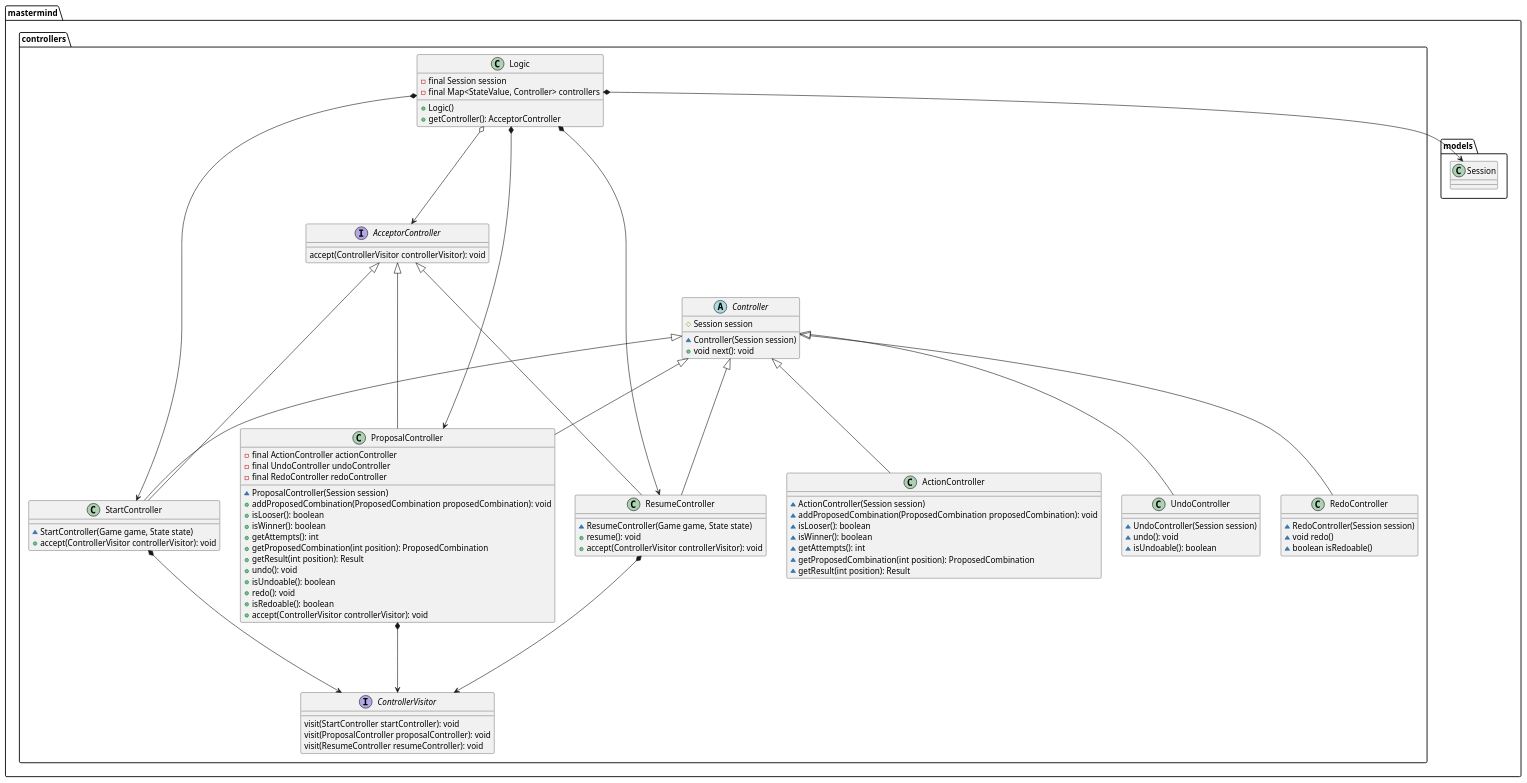
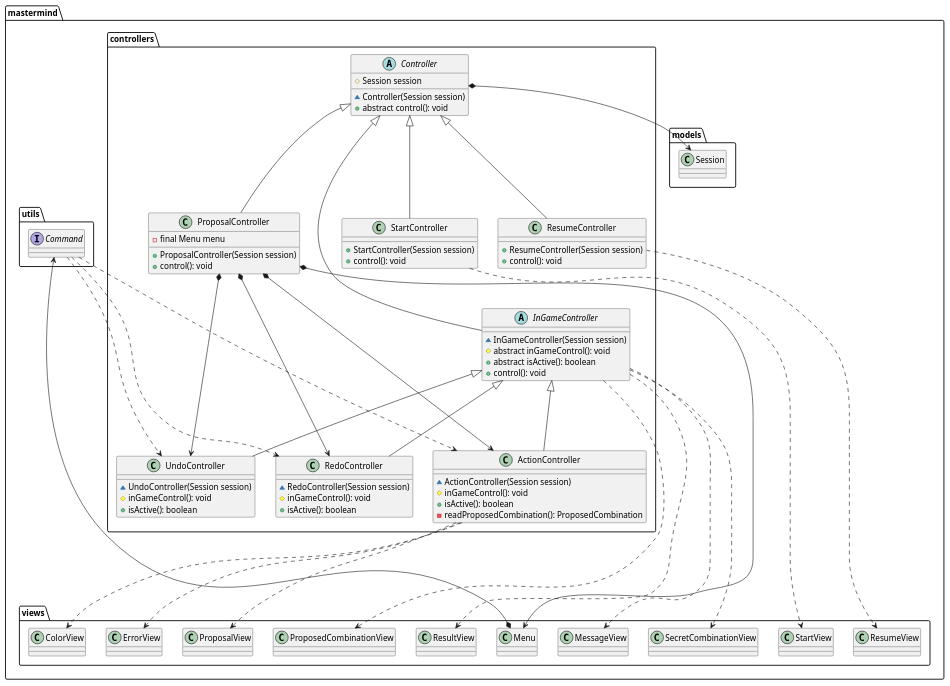
The diagram in docs/uml/PackageMasterMindControllers.puml (TheMercuryBeat/MasterMind), drawn with PlantUML before and after one commit. The commit also changed 9 other files, not shown here.

Commit message:
[uml] Update uml diagrams

```diff
--- a/docs/uml/PackageMasterMindControllers.puml
+++ b/docs/uml/PackageMasterMindControllers.puml
@@ -2,106 +2,111 @@
 @startuml
 
 package mastermind.controllers {
 
-    interface ControllerVisitor {
-       visit(StartController startController): void
-       visit(ProposalController proposalController): void
-       visit(ResumeController resumeController): void
-    }
-
-    interface AcceptorController {
-        accept(ControllerVisitor controllerVisitor): void
-    }
-
     abstract class Controller {
         # Session session
         ~ Controller(Session session)
-        + void next(): void
+        + abstract control(): void
     }
 
-    class Logic {
-        - final Session session
-        - final Map<StateValue, Controller> controllers
-        + Logic()
-        + getController(): AcceptorController
+    abstract class InGameController {
+        ~ InGameController(Session session)
+        # abstract inGameControl(): void
+        + abstract isActive(): boolean
+        + control(): void
     }
 
     class ProposalController {
-        - final ActionController actionController
-        - final UndoController undoController
-        - final RedoController redoController
-        ~ ProposalController(Session session)
-        + addProposedCombination(ProposedCombination proposedCombination): void
-        + isLooser(): boolean
-        + isWinner(): boolean
-        + getAttempts(): int
-        + getProposedCombination(int position): ProposedCombination
-        + getResult(int position): Result
-        + undo(): void
-        + isUndoable(): boolean
-        + redo(): void
-        + isRedoable(): boolean
-        + accept(ControllerVisitor controllerVisitor): void
-     }
-
-    class ResumeController {
-        ~ ResumeController(Game game, State state)
-        + resume(): void
-        + accept(ControllerVisitor controllerVisitor): void
+        - final Menu menu
+        + ProposalController(Session session)
+        + control(): void
     }
 
     class StartController {
-        ~ StartController(Game game, State state)
-        + accept(ControllerVisitor controllerVisitor): void
+        + StartController(Session session)
+        + control(): void
+    }
+
+    class ResumeController {
+        + ResumeController(Session session)
+        + control(): void
     }
 
     class ActionController {
         ~ ActionController(Session session)
-        ~ addProposedCombination(ProposedCombination proposedCombination): void
-        ~ isLooser(): boolean
-        ~ isWinner(): boolean
-        ~ getAttempts(): int
-        ~ getProposedCombination(int position): ProposedCombination
-        ~ getResult(int position): Result
+        # inGameControl(): void
+        + isActive(): boolean
+        - readProposedCombination(): ProposedCombination
     }
 
     class UndoController {
         ~ UndoController(Session session)
-        ~ undo(): void
-        ~ isUndoable(): boolean
+        # inGameControl(): void
+        + isActive(): boolean
     }
 
     class RedoController {
         ~ RedoController(Session session)
-        ~ void redo()
-        ~ boolean isRedoable()
+        # inGameControl(): void
+        + isActive(): boolean
     }
-
 }
 
 package mastermind.models {
     class Session
 }
 
-AcceptorController <|---- StartController
-AcceptorController <|---- ProposalController
-AcceptorController <|---- ResumeController
+package mastermind.views {
+    class StartView
+    class Menu
+    class ProposalView
+    class MessageView
+    class SecretCombinationView
+    class ProposedCombinationView
+    class ResultView
+    class ResumeView
+    class ColorView
+    class ErrorView
+}
+
+package mastermind.utils {
+    interface Command
+}
 
 Controller <|--- StartController
 Controller <|--- ProposalController
-Controller <|--- ActionController
-Controller <|--- UndoController
-Controller <|--- RedoController
 Controller <|--- ResumeController
+Controller <|--- InGameController
 
-StartController *---> ControllerVisitor
-ProposalController *---> ControllerVisitor
-ResumeController *---> ControllerVisitor
+InGameController <|--- ActionController
+InGameController <|--- UndoController
+InGameController <|--- RedoController
 
-Logic *--> Session
-Logic *---> StartController
-Logic *---> ProposalController
-Logic *---> ResumeController
-Logic o---> AcceptorController
+ProposalController *----> ActionController
+ProposalController *----> UndoController
+ProposalController *----> RedoController
+
+StartController ....> StartView
+ResumeController ....> ResumeView
+
+ActionController ....> ProposalView
+ActionController ....> ColorView
+ActionController ....> ErrorView
+
+InGameController ....> MessageView
+InGameController ....> SecretCombinationView
+InGameController ....> ProposedCombinationView
+InGameController ....> ResultView
+
+Controller *--> Session
+ProposalController *--> Menu
+Menu *--> Command
+Command ....> ActionController
+Command ....> UndoController
+Command ....> RedoController
+
+
+
+
 
 @enduml
```
